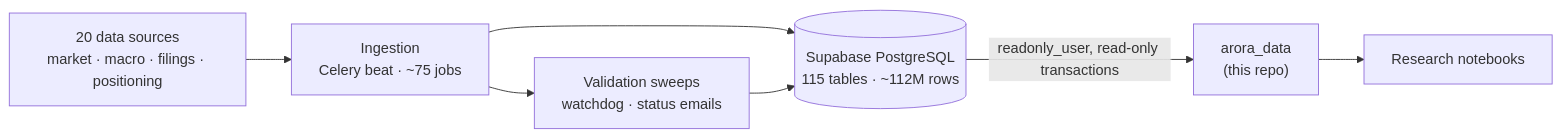
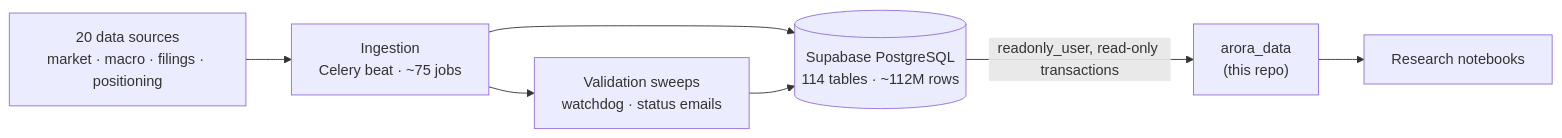
One commit to AnshArora04/arora_data changed the first of 3 diagrams in README.md. Above: the diagram before and after it, drawn with Mermaid. The commit also changed other lines of this file and 5 other files, not shown here.

````diff
--- a/README.md
+++ b/README.md
@@ -33,9 +33,9 @@
 ```mermaid
 flowchart LR
   SRC["20 data sources<br/>market · macro · filings · positioning"] --> ING["Ingestion<br/>Celery beat · ~75 jobs"]
-  ING --> DB[("Supabase PostgreSQL<br/>115 tables · ~112M rows")]
+  ING --> DB[("Supabase PostgreSQL<br/>114 tables · ~112M rows")]
   ING --> DQ["Validation sweeps<br/>watchdog · status emails"]
   DQ --> DB
   DB -->|readonly_user, read-only transactions| LIB["arora_data<br/>(this repo)"]
   LIB --> NB["Research notebooks"]
 ```
````
